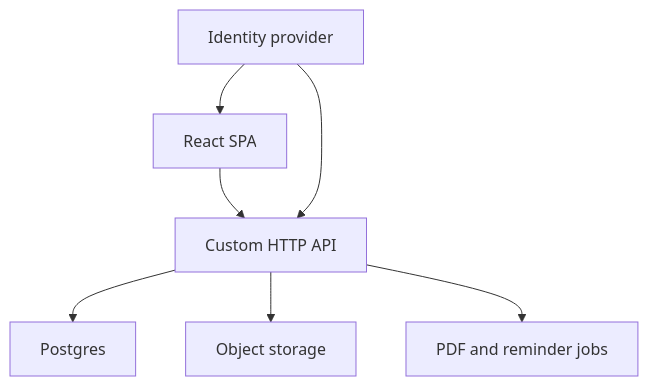
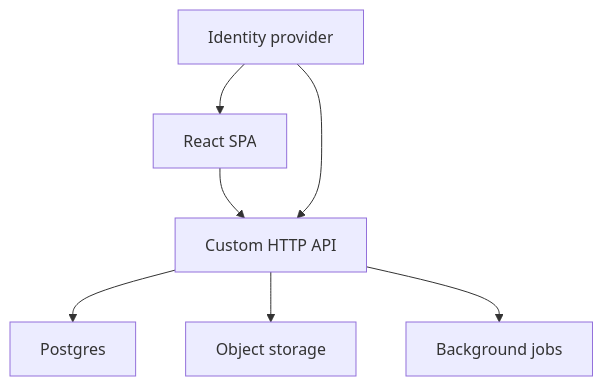
The fourth of 4 diagrams in docs/architecture/fullstack-garage-architecture.md (vfidelix/fullstack-garage), drawn with Mermaid before and after one commit. The commit also changed other lines of this file and 4 other files, not shown here.

````diff
--- a/docs/architecture/fullstack-garage-architecture.md
+++ b/docs/architecture/fullstack-garage-architecture.md
@@ -146,9 +295,9 @@
 ```mermaid
 flowchart TD
     Browser["React SPA"] --> API["Custom HTTP API"]
-    API --> DB["Postgres"]
-    API --> Files["Object storage"]
-    API --> Jobs["PDF and reminder jobs"]
     Identity["Identity provider"] --> Browser
     Identity --> API
+    API --> Database["Postgres"]
+    API --> Files["Object storage"]
+    API --> Jobs["Background jobs"]
 ```
````
